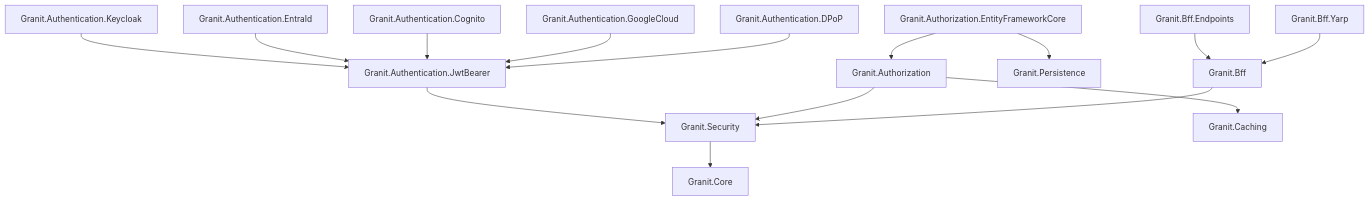
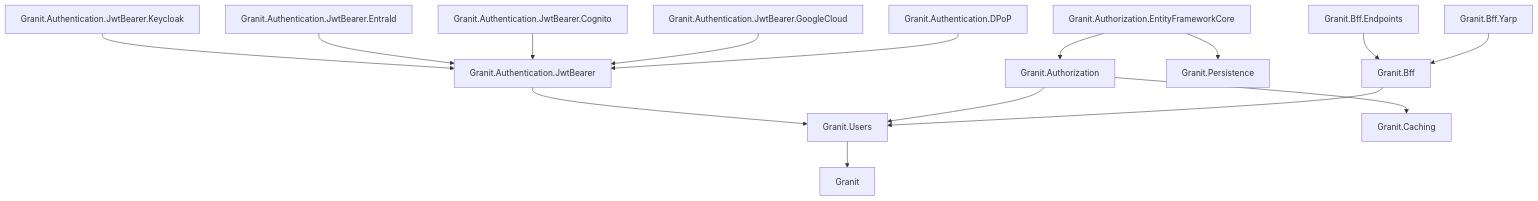
Before and after one commit to granit-fx/granit-dotnet: the diagram in docs-site/src/content/docs/dotnet/security/security-overview.mdx, drawn with Mermaid. The commit also changed other lines of this file and 153 other files, not shown here.

````diff
--- a/docs-site/src/content/docs/dotnet/security/security-overview.mdx
+++ b/docs-site/src/content/docs/dotnet/security/security-overview.mdx
@@ -82,17 +82,17 @@
 ```mermaid
 graph TD
-    S[Granit.Security] --> C[Granit.Core]
+    S[Granit.Users] --> C[Granit]
     JWT[Granit.Authentication.JwtBearer] --> S
-    KC[Granit.Authentication.Keycloak] --> JWT
-    EID[Granit.Authentication.EntraId] --> JWT
-    CG[Granit.Authentication.Cognito] --> JWT
-    GC[Granit.Authentication.GoogleCloud] --> JWT
+    KC[Granit.Authentication.JwtBearer.Keycloak] --> JWT
+    EID[Granit.Authentication.JwtBearer.EntraId] --> JWT
+    CG[Granit.Authentication.JwtBearer.Cognito] --> JWT
+    GC[Granit.Authentication.JwtBearer.GoogleCloud] --> JWT
     DPOP[Granit.Authentication.DPoP] --> JWT
     AZ[Granit.Authorization] --> S
     AZ --> CA[Granit.Caching]
     AZEF[Granit.Authorization.EntityFrameworkCore] --> AZ
     AZEF --> P[Granit.Persistence]
     BFF[Granit.Bff] --> S
     BFFE[Granit.Bff.Endpoints] --> BFF
     BFFY[Granit.Bff.Yarp] --> BFF
 ```
````
